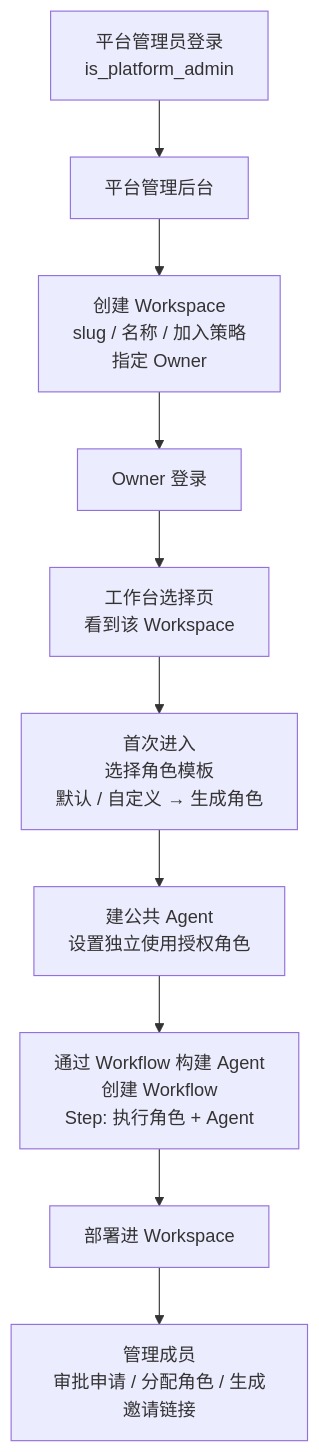
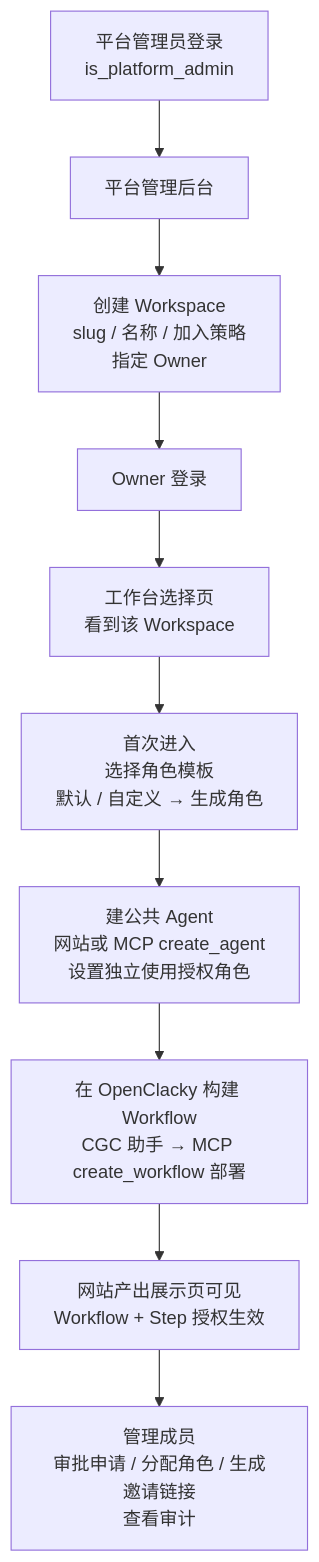
Before and after one commit to CodingGirlsClub/cgc_2046: the third of 5 diagrams in docs/用户旅程与Web功能清单.md, drawn with Mermaid. The commit also changed other lines of this file and 6 other files, not shown here.

````diff
--- a/docs/用户旅程与Web功能清单.md
+++ b/docs/用户旅程与Web功能清单.md
@@ -41,12 +67,12 @@
 ```mermaid
 flowchart TD
     A[平台管理员登录<br/>is_platform_admin] --> B[平台管理后台]
     B --> C[创建 Workspace<br/>slug / 名称 / 加入策略<br/>指定 Owner]
     C --> D[Owner 登录]
     D --> E[工作台选择页<br/>看到该 Workspace]
     E --> F[首次进入<br/>选择角色模板<br/>默认 / 自定义 → 生成角色]
-    F --> G[建公共 Agent<br/>设置独立使用授权角色]
-    G --> H[通过 Workflow 构建 Agent<br/>创建 Workflow<br/>Step: 执行角色 + Agent]
-    H --> I[部署进 Workspace]
-    I --> J[管理成员<br/>审批申请 / 分配角色 / 生成邀请链接]
+    F --> G[建公共 Agent<br/>网站或 MCP create_agent<br/>设置独立使用授权角色]
+    G --> H[在 OpenClacky 构建 Workflow<br/>CGC 助手 → MCP create_workflow 部署]
+    H --> I[网站产出展示页可见<br/>Workflow + Step 授权生效]
+    I --> J[管理成员<br/>审批申请 / 分配角色 / 生成邀请链接<br/>查看审计]
 ```
````
